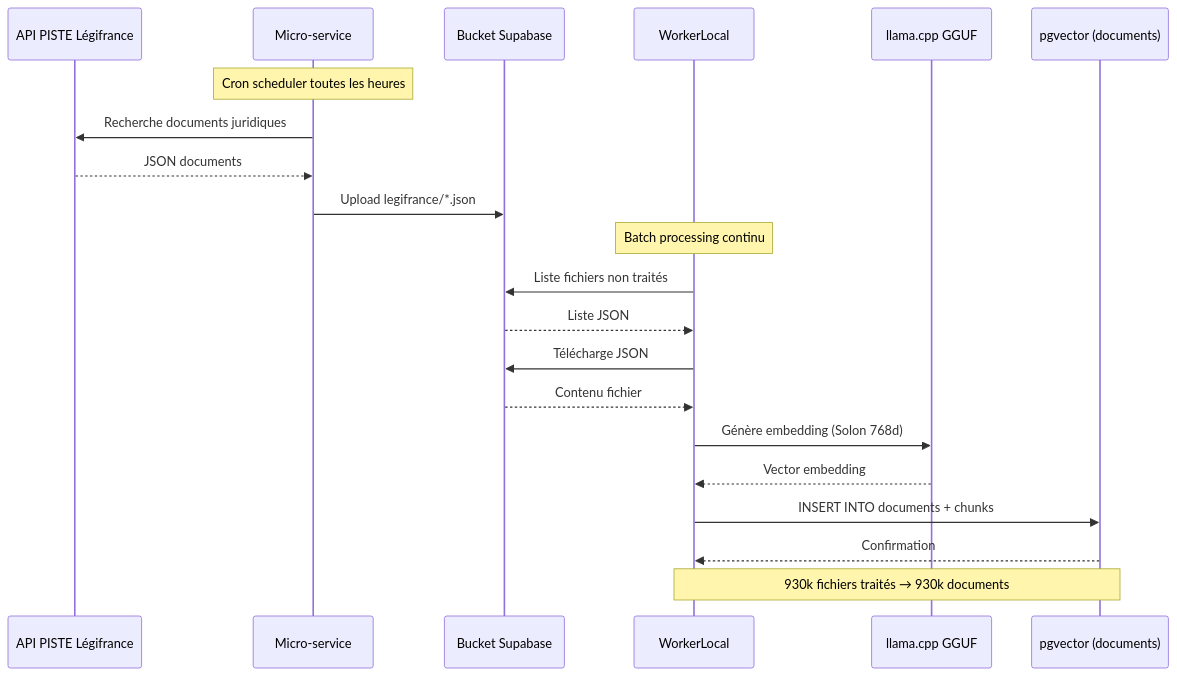
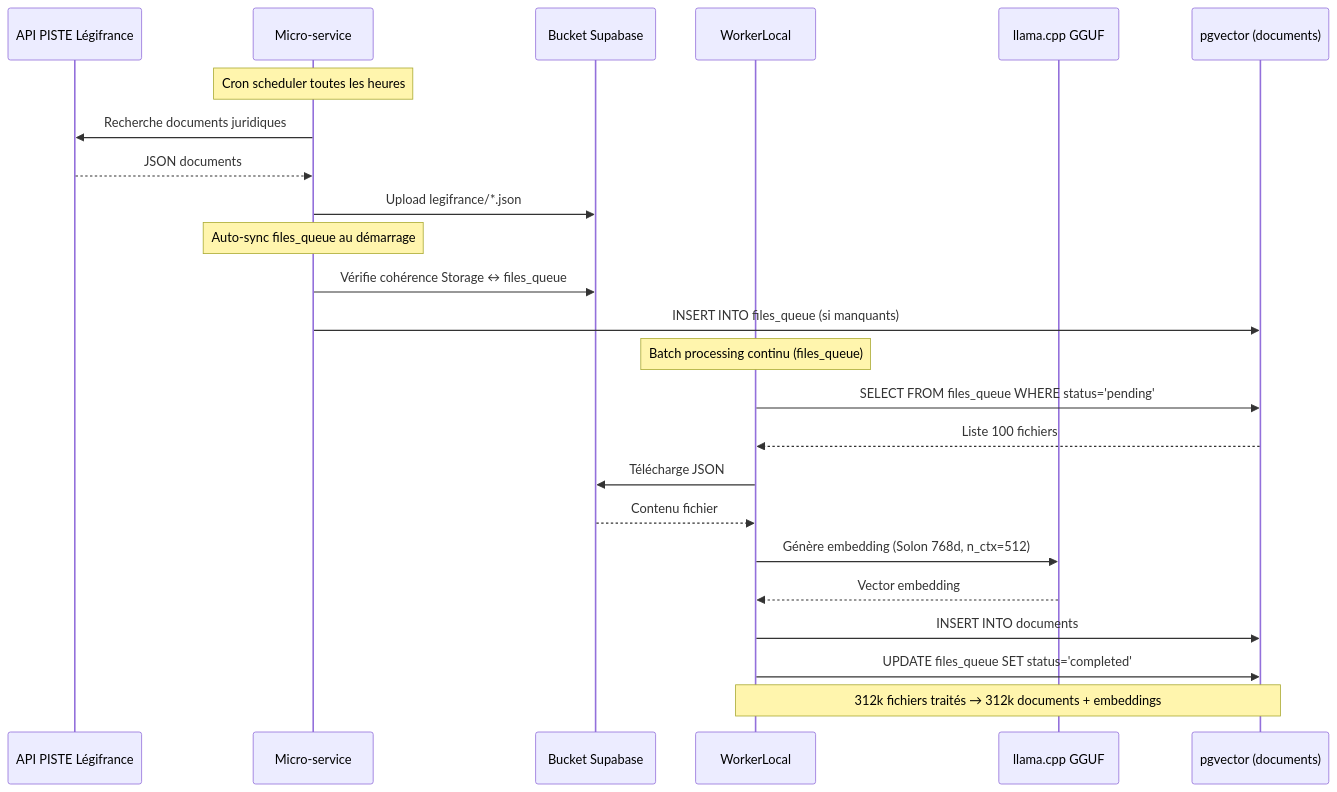
Before and after one commit to Volgine/Documentations-Projets-ArchiReg: the fifth of 6 diagrams in 01-ARCHITECTURE-GLOBALE.md, drawn with Mermaid. The commit also changed other lines of this file and 3 other files, not shown here.

Commit message:
docs: Correction diagrammes Mermaid - Architecture réelle (3 Edge Functions, 2 Workers, files_queue, auto-sync, données actuelles)

````diff
--- a/01-ARCHITECTURE-GLOBALE.md
+++ b/01-ARCHITECTURE-GLOBALE.md
@@ -192,26 +200,30 @@
 ```mermaid
 sequenceDiagram
     participant API as API PISTE Légifrance
     participant MS as Micro-service
     participant BKT as Bucket Supabase
     participant W as WorkerLocal
     participant GGUF as llama.cpp GGUF
     participant PG as pgvector (documents)
     
     Note over MS: Cron scheduler toutes les heures
     MS->>API: Recherche documents juridiques
     API-->>MS: JSON documents
     MS->>BKT: Upload legifrance/*.json
     
-    Note over W: Batch processing continu
-    W->>BKT: Liste fichiers non traités
-    BKT-->>W: Liste JSON
+    Note over MS: Auto-sync files_queue au démarrage
+    MS->>BKT: Vérifie cohérence Storage ↔ files_queue
+    MS->>PG: INSERT INTO files_queue (si manquants)
+    
+    Note over W: Batch processing continu (files_queue)
+    W->>PG: SELECT FROM files_queue WHERE status='pending'
+    PG-->>W: Liste 100 fichiers
     W->>BKT: Télécharge JSON
     BKT-->>W: Contenu fichier
-    W->>GGUF: Génère embedding (Solon 768d)
+    W->>GGUF: Génère embedding (Solon 768d, n_ctx=512)
     GGUF-->>W: Vector embedding
-    W->>PG: INSERT INTO documents + chunks
-    PG-->>W: Confirmation
+    W->>PG: INSERT INTO documents
+    W->>PG: UPDATE files_queue SET status='completed'
     
-    Note over W,PG: 930k fichiers traités → 930k documents
+    Note over W,PG: 312k fichiers traités → 312k documents + embeddings
 ```
````
